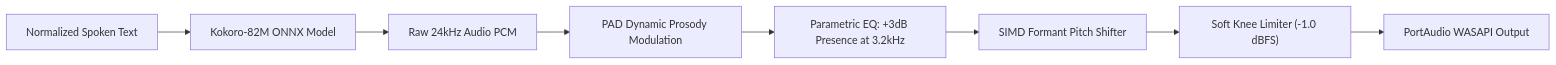
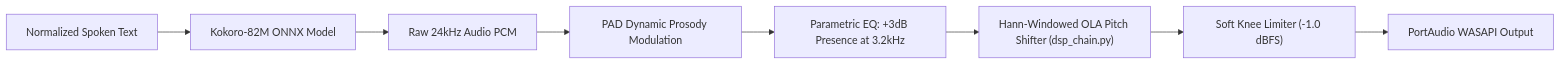
Before and after one commit to AlienatedAliens/ProjectLucca: the second of 2 diagrams in luccadocs/subsystems/06_VOICE_SENSES_AND_AUDIO_PIPELINE.md, drawn with Mermaid. The commit also changed other lines of this file and 309 other files, not shown here.

````diff
--- a/luccadocs/subsystems/06_VOICE_SENSES_AND_AUDIO_PIPELINE.md
+++ b/luccadocs/subsystems/06_VOICE_SENSES_AND_AUDIO_PIPELINE.md
@@ -74,10 +76,10 @@
 ```mermaid
 flowchart LR
     TEXT["Normalized Spoken Text"] --> ONNX["Kokoro-82M ONNX Model"]
     ONNX --> RAW_PCM["Raw 24kHz Audio PCM"]
     RAW_PCM --> PROS["PAD Dynamic Prosody Modulation"]
     PROS --> PEQ["Parametric EQ: +3dB Presence at 3.2kHz"]
-    PEQ --> FORM["SIMD Formant Pitch Shifter"]
+    PEQ --> FORM["Hann-Windowed OLA Pitch Shifter (dsp_chain.py)"]
     FORM --> LIM["Soft Knee Limiter (-1.0 dBFS)"]
     LIM --> OUT["PortAudio WASAPI Output"]
 ```
````
